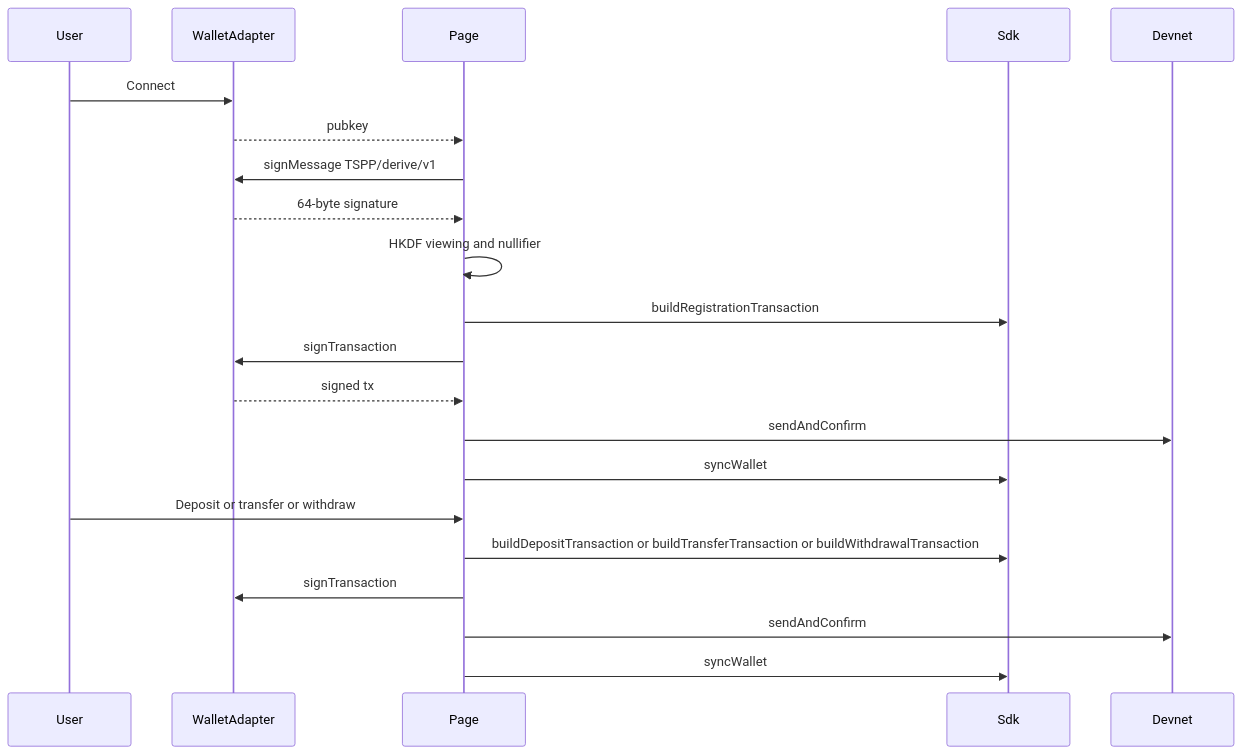
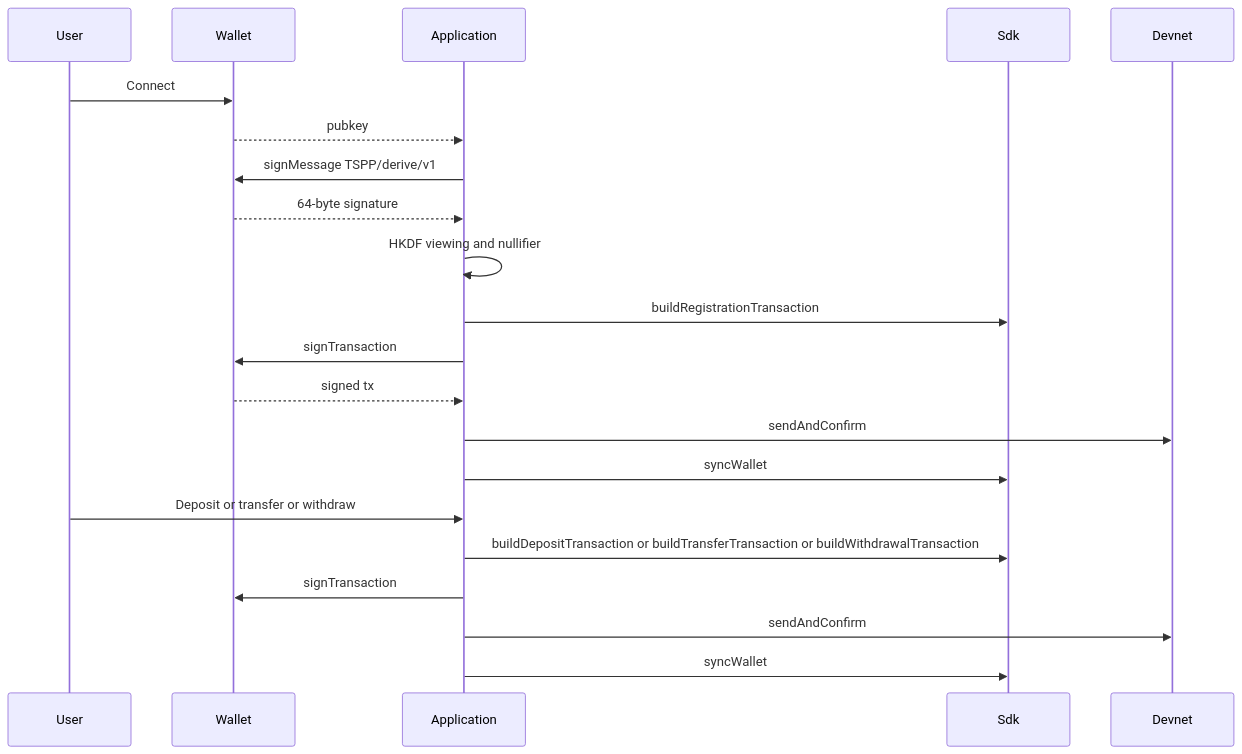
One commit to helius-labs/zolana-examples changed the diagram in typescript-client/examples/sign-with-wallet-adapter/README.md. Above: the diagram before and after it, drawn with Mermaid. The commit also changed other lines of this file and 1 other file, not shown here.

Commit message:
docs: drop README privacy diagrams that overclaim wallet custody
Name the Wallet Adapter sides wallet and application, and leave visibility
tables off this example.

````diff
--- a/typescript-client/examples/sign-with-wallet-adapter/README.md
+++ b/typescript-client/examples/sign-with-wallet-adapter/README.md
@@ -26,24 +7,24 @@
 ```mermaid
 sequenceDiagram
   participant User
-  participant WalletAdapter
-  participant Page
+  participant Wallet
+  participant Application
   participant Sdk
   participant Devnet
 
-  User->>WalletAdapter: Connect
-  WalletAdapter-->>Page: pubkey
-  Page->>WalletAdapter: signMessage TSPP/derive/v1
-  WalletAdapter-->>Page: 64-byte signature
-  Page->>Page: HKDF viewing and nullifier
-  Page->>Sdk: buildRegistrationTransaction
-  Page->>WalletAdapter: signTransaction
-  WalletAdapter-->>Page: signed tx
-  Page->>Devnet: sendAndConfirm
-  Page->>Sdk: syncWallet
-  User->>Page: Deposit or transfer or withdraw
-  Page->>Sdk: buildDepositTransaction or buildTransferTransaction or buildWithdrawalTransaction
-  Page->>WalletAdapter: signTransaction
-  Page->>Devnet: sendAndConfirm
-  Page->>Sdk: syncWallet
+  User->>Wallet: Connect
+  Wallet-->>Application: pubkey
+  Application->>Wallet: signMessage TSPP/derive/v1
+  Wallet-->>Application: 64-byte signature
+  Application->>Application: HKDF viewing and nullifier
+  Application->>Sdk: buildRegistrationTransaction
+  Application->>Wallet: signTransaction
+  Wallet-->>Application: signed tx
+  Application->>Devnet: sendAndConfirm
+  Application->>Sdk: syncWallet
+  User->>Application: Deposit or transfer or withdraw
+  Application->>Sdk: buildDepositTransaction or buildTransferTransaction or buildWithdrawalTransaction
+  Application->>Wallet: signTransaction
+  Application->>Devnet: sendAndConfirm
+  Application->>Sdk: syncWallet
 ```
````
